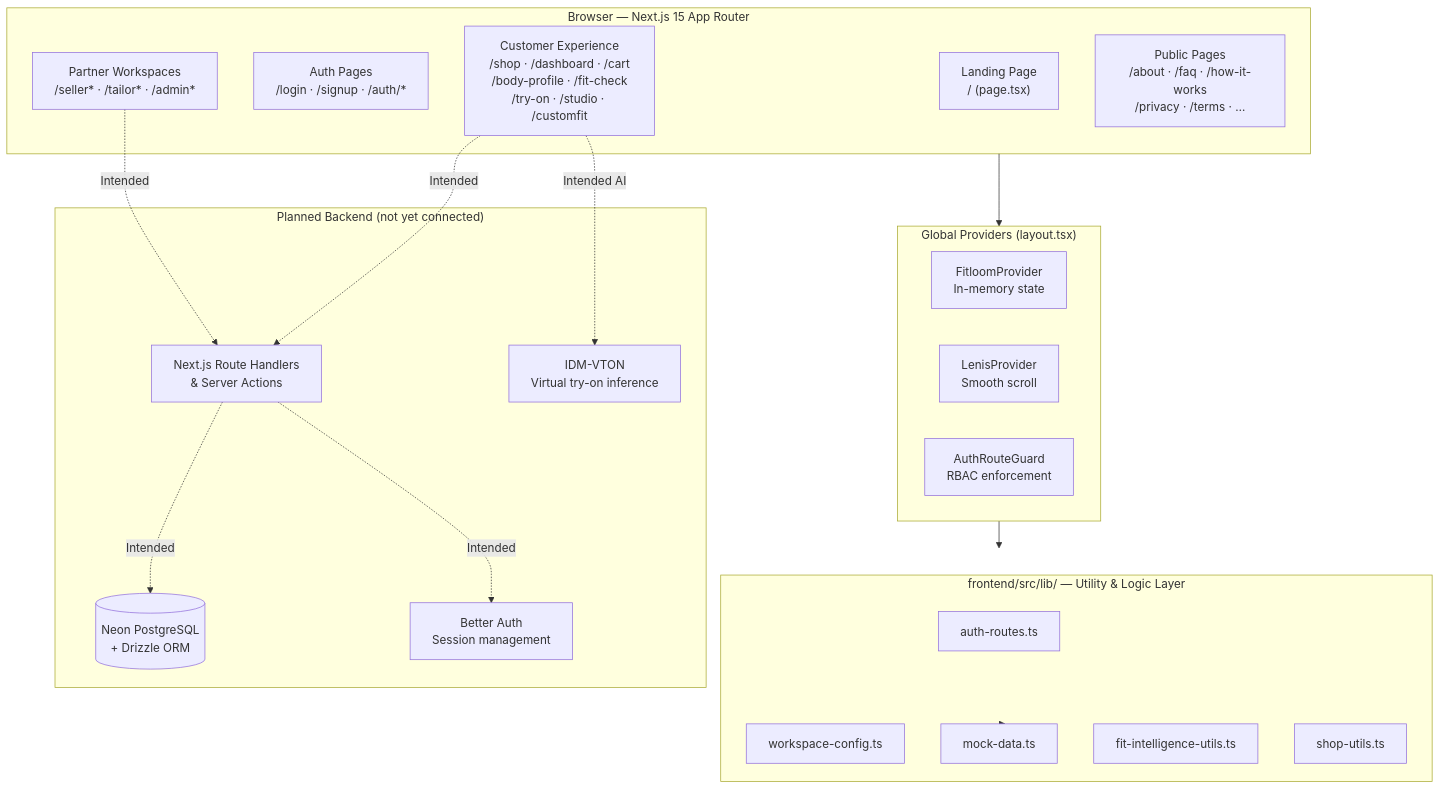
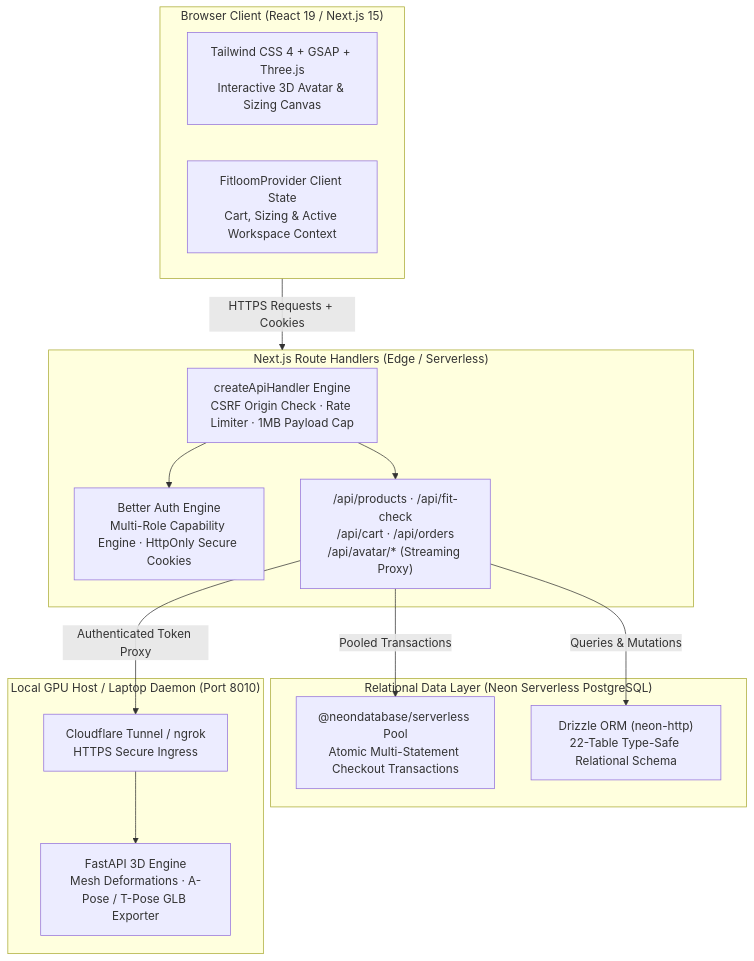
The diagram in README.md (SOUMYADEEPDEY1217/FITLOOM), drawn with Mermaid before and after one commit. The commit also changed other lines of this file, not shown here.

````diff
--- a/README.md
+++ b/README.md
@@ -410,41 +83,31 @@
 ```mermaid
 flowchart TD
-    subgraph Client["Browser — Next.js 15 App Router"]
-        LP["Landing Page\n/ (page.tsx)"]
-        AUTH["Auth Pages\n/login · /signup · /auth/*"]
-        CUST["Customer Experience\n/shop · /dashboard · /cart\n/body-profile · /fit-check\n/try-on · /studio · /customfit"]
-        WS["Partner Workspaces\n/seller* · /tailor* · /admin*"]
-        PUB["Public Pages\n/about · /faq · /how-it-works\n/privacy · /terms · …"]
+    subgraph Browser["Browser Client (React 19 / Next.js 15)"]
+        UI["Tailwind CSS 4 + GSAP + Three.js\nInteractive 3D Avatar & Sizing Canvas"]
+        STORE["FitloomProvider Client State\nCart, Sizing & Active Workspace Context"]
     end
 
-    subgraph Providers["Global Providers (layout.tsx)"]
-        FP["FitloomProvider\nIn-memory state"]
-        LP2["LenisProvider\nSmooth scroll"]
-        ARG["AuthRouteGuard\nRBAC enforcement"]
+    subgraph EdgeBackend["Next.js Route Handlers (Edge / Serverless)"]
+        HANDLER["createApiHandler Engine\nCSRF Origin Check · Rate Limiter · 1MB Payload Cap"]
+        AUTH_ROUTER["Better Auth Engine\nMulti-Role Capability Engine · HttpOnly Secure Cookies"]
+        API_ROUTES["/api/products · /api/fit-check\n/api/cart · /api/orders\n/api/avatar/* (Streaming Proxy)"]
     end
 
-    subgraph LibLayer["frontend/src/lib/ — Utility & Logic Layer"]
-        AR["auth-routes.ts"]
-        WC["workspace-config.ts"]
-        MD["mock-data.ts"]
-        FI["fit-intelligence-utils.ts"]
-        SH["shop-utils.ts"]
+    subgraph DataLayer["Relational Data Layer (Neon Serverless PostgreSQL)"]
+        POOL["@neondatabase/serverless Pool\nAtomic Multi-Statement Checkout Transactions"]
+        HTTP_DB["Drizzle ORM (neon-http)\n22-Table Type-Safe Relational Schema"]
     end
 
-    subgraph PlannedBackend["Planned Backend (not yet connected)"]
-        RH["Next.js Route Handlers\n& Server Actions"]
-        DB[("Neon PostgreSQL\n+ Drizzle ORM")]
-        BA["Better Auth\nSession management"]
-        AI["IDM-VTON\nVirtual try-on inference"]
+    subgraph AvatarDaemon["Local GPU Host / Laptop Daemon (Port 8010)"]
+        TUNNEL["Cloudflare Tunnel / ngrok\nHTTPS Secure Ingress"]
+        FASTAPI["FastAPI 3D Engine\nMesh Deformations · A-Pose / T-Pose GLB Exporter"]
     end
 
-    Client --> Providers
-    Providers --> LibLayer
-    LibLayer --> MD
-
-    CUST -. "Intended" .-> RH
-    WS -. "Intended" .-> RH
-    RH -. "Intended" .-> DB
-    RH -. "Intended" .-> BA
-    CUST -. "Intended AI" .-> AI
+    Browser -->|HTTPS Requests + Cookies| EdgeBackend
+    HANDLER --> AUTH_ROUTER
+    HANDLER --> API_ROUTES
+    API_ROUTES -->|Pooled Transactions| POOL
+    API_ROUTES -->|Queries & Mutations| HTTP_DB
+    API_ROUTES -->|Authenticated Token Proxy| TUNNEL
+    TUNNEL --> FASTAPI
 ```
````
